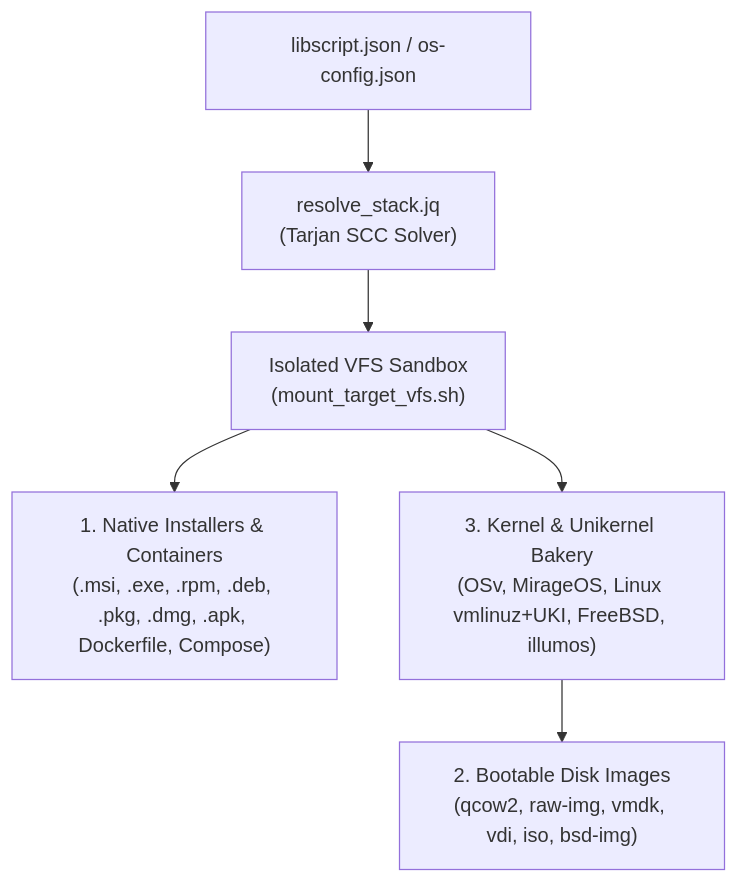
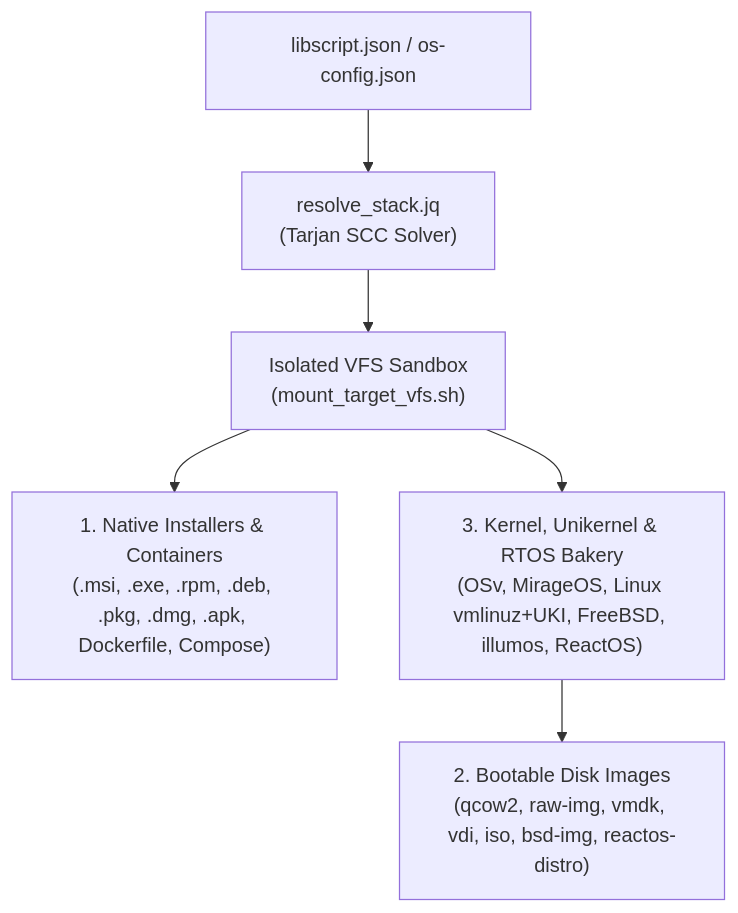
The fourth of 5 diagrams in README.md (SamuelMarks/libscript), drawn with Mermaid before and after one commit. The commit also changed other lines of this file and 114 other files, not shown here.

````diff
--- a/README.md
+++ b/README.md
@@ -266,9 +266,9 @@
 ```mermaid
 flowchart TD
     Stack["libscript.json / os-config.json"] --> Solver["resolve_stack.jq<br/>(Tarjan SCC Solver)"]
     Solver --> VFS["Isolated VFS Sandbox<br/>(mount_target_vfs.sh)"]
 
     VFS --> Stage1["1. Native Installers & Containers<br/>(.msi, .exe, .rpm, .deb, .pkg, .dmg, .apk, Dockerfile, Compose)"]
-    VFS --> Stage3["3. Kernel & Unikernel Bakery<br/>(OSv, MirageOS, Linux vmlinuz+UKI, FreeBSD, illumos)"]
-    Stage3 --> Stage2["2. Bootable Disk Images<br/>(qcow2, raw-img, vmdk, vdi, iso, bsd-img)"]
+    VFS --> Stage3["3. Kernel, Unikernel & RTOS Bakery<br/>(OSv, MirageOS, Linux vmlinuz+UKI, FreeBSD, illumos, ReactOS)"]
+    Stage3 --> Stage2["2. Bootable Disk Images<br/>(qcow2, raw-img, vmdk, vdi, iso, bsd-img, reactos-distro)"]
 ```
````
